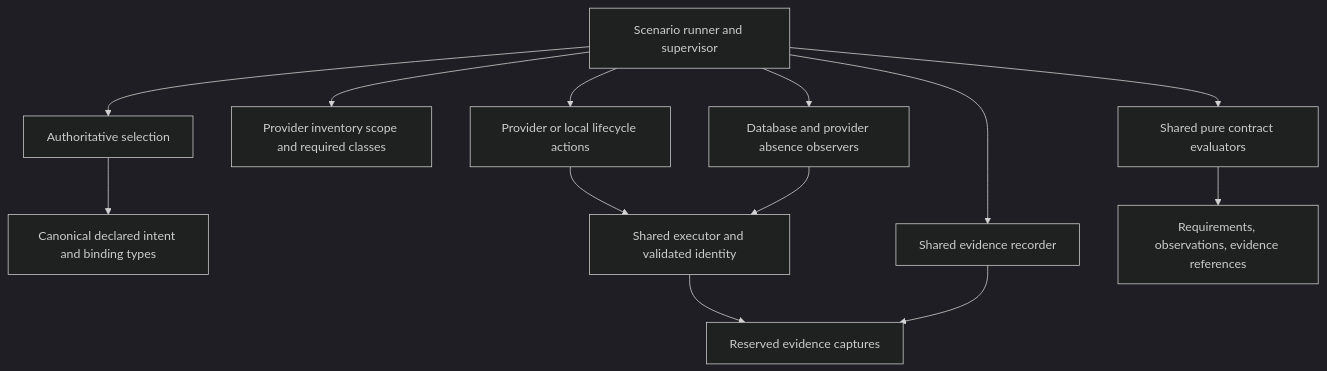
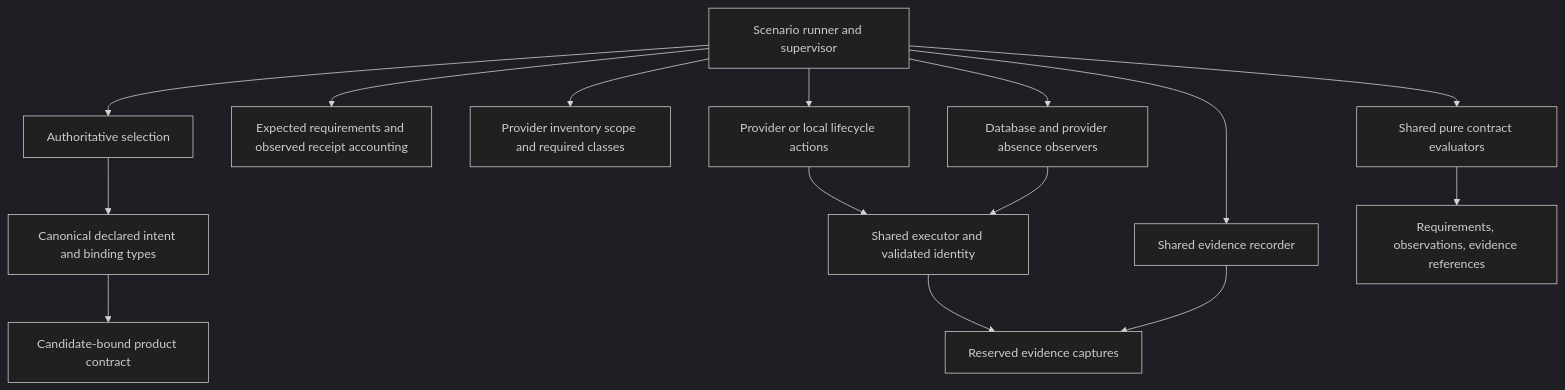
One commit to sol-fab/sol changed the diagram in internal/qualification/runner/architecture-proposal.md. Above: the diagram before and after it, drawn with Mermaid (dark theme). The commit also changed other lines of this file and 1 other file, not shown here.

Commit message:
docs(qualification): refine capture, typed checks, coverage and candidate binding

````diff
--- a/internal/qualification/runner/architecture-proposal.md
+++ b/internal/qualification/runner/architecture-proposal.md
@@ -441,15 +723,17 @@
 ```mermaid
 flowchart TD
   Runner[Scenario runner and supervisor] --> Selection[Authoritative selection]
   Selection --> Intent[Canonical declared intent and binding types]
+  Intent --> Binding[Candidate-bound product contract]
+  Runner --> Reconciliation[Expected requirements and observed receipt accounting]
   Runner --> Scope[Provider inventory scope and required classes]
   Runner --> Actions[Provider or local lifecycle actions]
   Actions --> Executor[Shared executor and validated identity]
   Runner --> Observer[Database and provider absence observers]
   Observer --> Executor
   Runner --> Contract[Shared pure contract evaluators]
   Runner --> Recorder[Shared evidence recorder]
   Executor --> Capture[Reserved evidence captures]
   Recorder --> Capture
   Contract --> Domain[Requirements, observations, evidence references]
 ```
````
